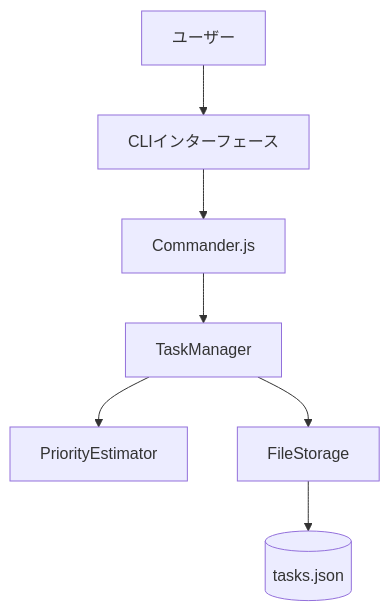
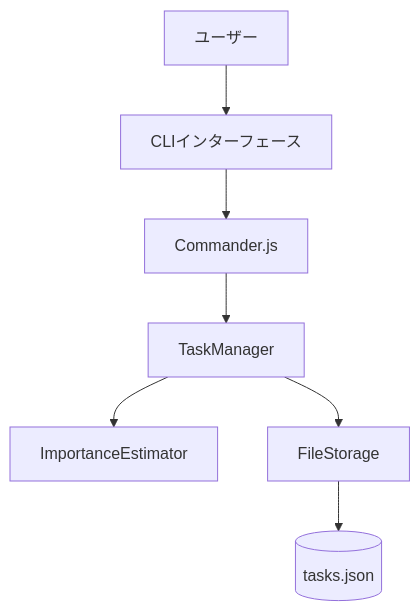
The second of 4 diagrams in .claude/skills/functional-design/guide.md (kanan4gh/platform-harness), drawn with Mermaid before and after one commit. The commit also changed other lines of this file and 11 other files, not shown here.

````diff
--- a/.claude/skills/functional-design/guide.md
+++ b/.claude/skills/functional-design/guide.md
@@ -50,17 +50,17 @@
 ```mermaid
 graph TB
     User[ユーザー]
     CLI[CLIインターフェース]
     Commander[Commander.js]
     TaskManager[TaskManager]
-    PriorityEstimator[PriorityEstimator]
+    ImportanceEstimator[ImportanceEstimator]
     FileStorage[FileStorage]
     JSON[(tasks.json)]
 
     User --> CLI
     CLI --> Commander
     Commander --> TaskManager
-    TaskManager --> PriorityEstimator
+    TaskManager --> ImportanceEstimator
     TaskManager --> FileStorage
     FileStorage --> JSON
 ```
````
